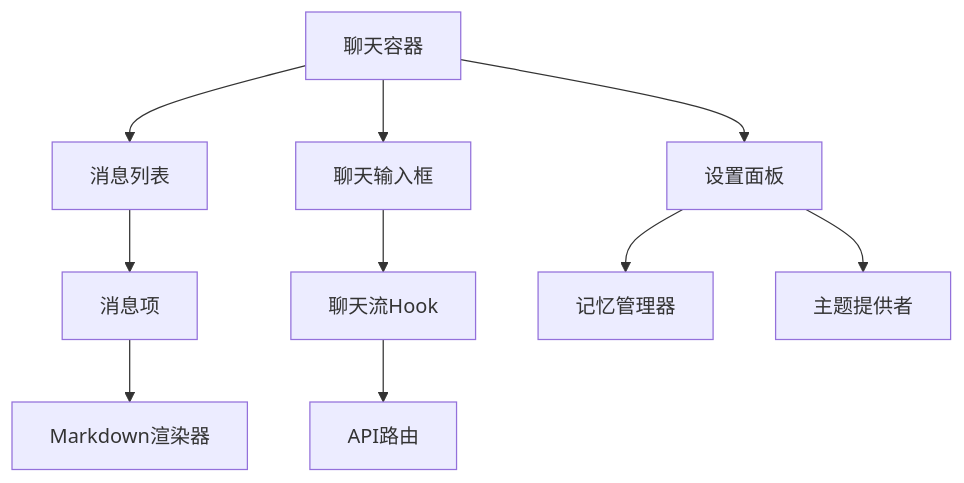
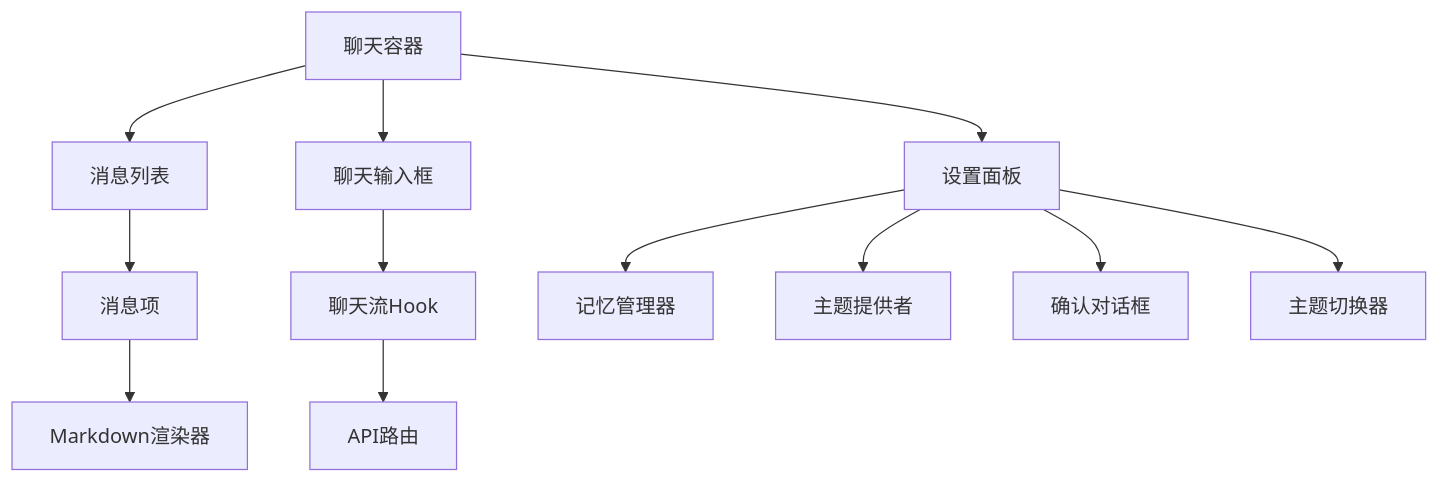
One commit to CryptoLinxu/Web3-AI-Agent changed the third of 15 diagrams in .qoder/repowiki/zh/content/项目概述/整体架构概览/Web应用程序/Web3企业风格界面.md. Above: the diagram before and after it, drawn with Mermaid. The commit also changed other lines of this file and 7 other files, not shown here.

````diff
--- a/.qoder/repowiki/zh/content/项目概述/整体架构概览/Web应用程序/Web3企业风格界面.md
+++ b/.qoder/repowiki/zh/content/项目概述/整体架构概览/Web应用程序/Web3企业风格界面.md
@@ -160,12 +176,14 @@
 ```mermaid
 graph TD
 ChatContainer[聊天容器] --> MessageList[消息列表]
 ChatContainer --> ChatInput[聊天输入框]
 ChatContainer --> SettingsPanel[设置面板]
 MessageList --> MessageItem[消息项]
 MessageItem --> MarkdownRenderer[Markdown渲染器]
 ChatInput --> useChatStream[聊天流Hook]
 useChatStream --> APIRoute[API路由]
 SettingsPanel --> MemoryManager[记忆管理器]
 SettingsPanel --> ThemeProvider[主题提供者]
+SettingsPanel --> ConfirmDialog[确认对话框]
+SettingsPanel --> ThemeSwitcher[主题切换器]
 ```
````
